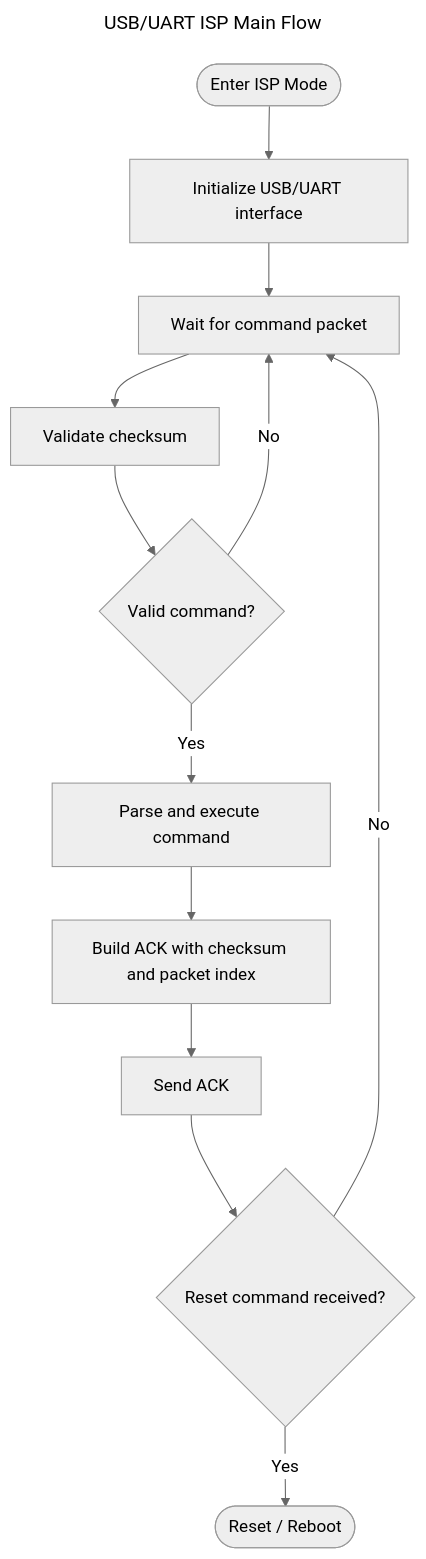
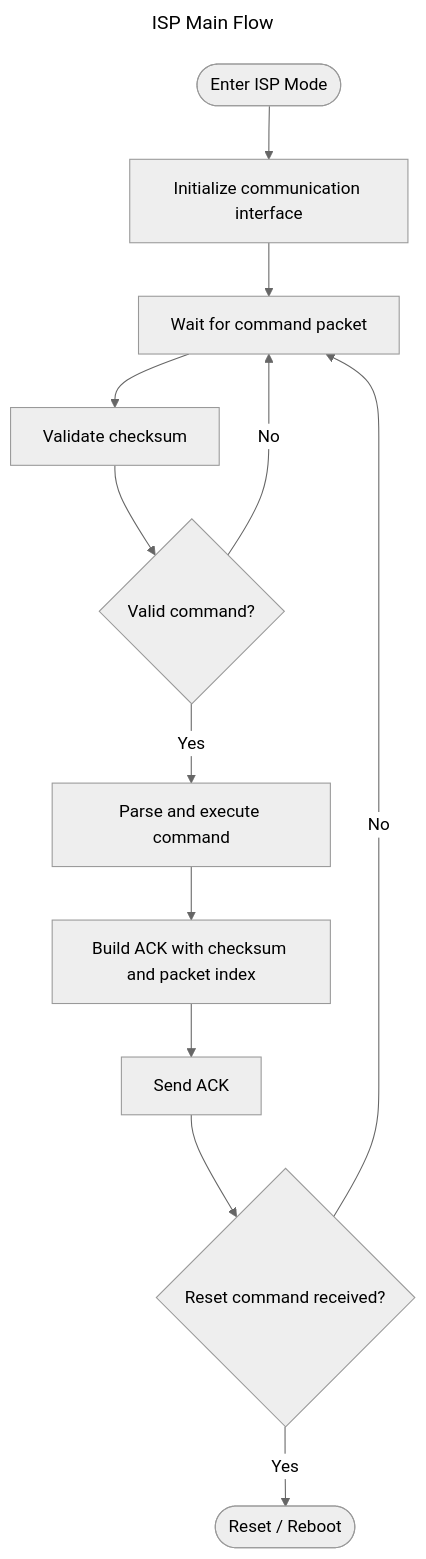
One commit to ccma1120/ISPTool changed the sixth of 6 diagrams in Documents/NuMicro_ISP_Programming_Guide/NuMicro_ISP_Programming_Guide.md. Above: the diagram before and after it, drawn with Mermaid (neutral theme). The commit also changed other lines of this file, not shown here.

````diff
--- a/Documents/NuMicro_ISP_Programming_Guide/NuMicro_ISP_Programming_Guide.md
+++ b/Documents/NuMicro_ISP_Programming_Guide/NuMicro_ISP_Programming_Guide.md
@@ -682,17 +680,17 @@
 ```mermaid
 ---
-title: "USB/UART ISP Main Flow"
+title: "ISP Main Flow"
 ---
 flowchart TD
-    A([Enter ISP Mode]) --> B["Initialize USB/UART interface"]
+    A([Enter ISP Mode]) --> B["Initialize communication interface"]
     B --> C["Wait for command packet"]
     C --> D["Validate checksum"]
     D --> E{"Valid command?"}
     E -- No --> C
     E -- Yes --> F["Parse and execute command"]
     F --> G["Build ACK with checksum and packet index"]
     G --> H["Send ACK"]
     H --> I{"Reset command received?"}
     I -- Yes --> J([Reset / Reboot])
     I -- No --> C
 ```
````
